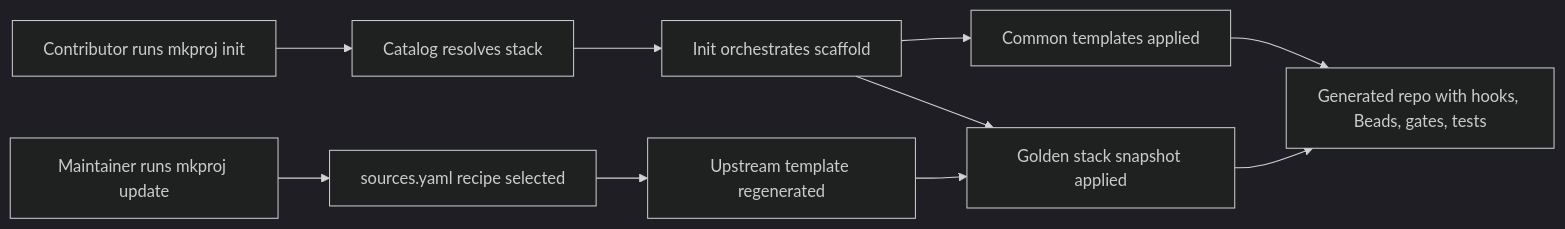
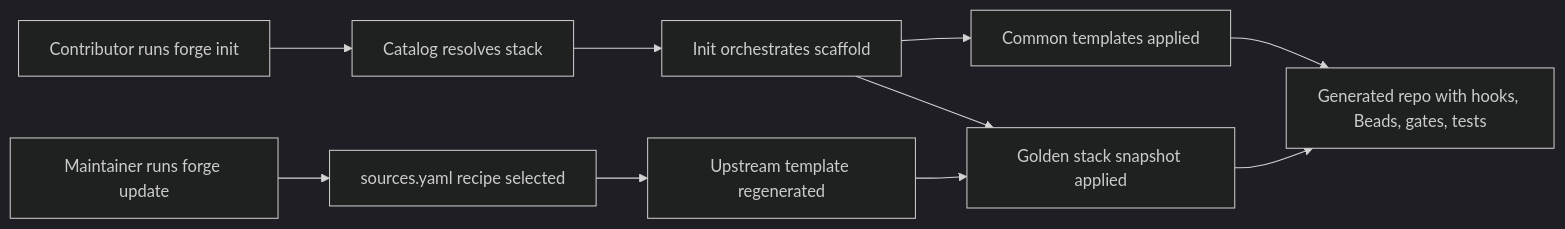
One commit to AvogadroSG1/agentic_template_start changed the diagram in README.md. Above: the diagram before and after it, drawn with Mermaid (dark theme). The commit also changed other lines of this file and 88 other files, not shown here.

Commit message:
Rename the CLI from mkproj to forge (#38)

````diff
--- a/README.md
+++ b/README.md
@@ -24,12 +24,12 @@
 ```mermaid
 flowchart LR
-  A[Contributor runs mkproj init] --> B[Catalog resolves stack]
+  A[Contributor runs forge init] --> B[Catalog resolves stack]
   B --> C[Init orchestrates scaffold]
   C --> D[Common templates applied]
   C --> E[Golden stack snapshot applied]
   D --> F[Generated repo with hooks, Beads, gates, tests]
   E --> F
-  G[Maintainer runs mkproj update] --> H[sources.yaml recipe selected]
+  G[Maintainer runs forge update] --> H[sources.yaml recipe selected]
   H --> I[Upstream template regenerated]
   I --> E
 ```
````
